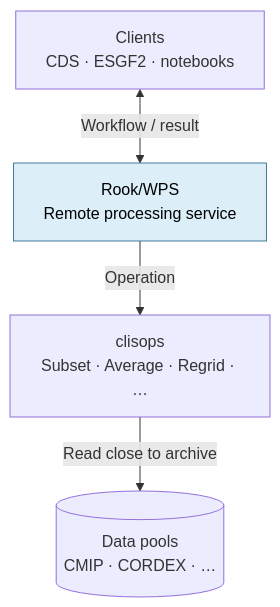
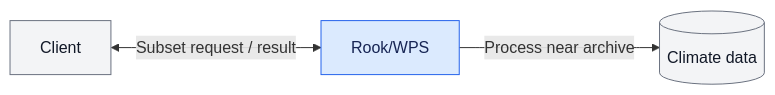
Before and after one commit to roocs/rook: the first of 11 diagrams in Rook_WPS_ESGF2_talk_draft.md, drawn with Mermaid. The commit also changed other lines of this file and 12 other files, not shown here.

````diff
--- a/Rook_WPS_ESGF2_talk_draft.md
+++ b/Rook_WPS_ESGF2_talk_draft.md
@@ -32,12 +32,9 @@
 ```mermaid
-flowchart TD
-    Clients["Clients<br/>CDS · ESGF2 · notebooks"]
-    Rook["Rook/WPS<br/>Remote processing service"]
-    Ops["clisops<br/>Subset · Average · Regrid · …"]
-    Data[("Data pools<br/>CMIP · CORDEX · …")]
-
-    Clients <-->|"Workflow / result"| Rook
-    Rook -->|"Operation"| Ops
-    Ops -->|"Read close to archive"| Data
-    style Rook fill:#dceef8,stroke:#457b9d,color:#000
+flowchart LR
+    Client["Client"] <-->|"Subset request / result"| Rook["Rook/WPS"]
+    Rook -->|"Process near archive"| Data[("Climate data")]
+    classDef default fill:#f3f4f6,stroke:#6b7280,color:#111827
+    classDef rook fill:#dbeafe,stroke:#2563eb,color:#172554
+    classDef new fill:#fef3c7,stroke:#b45309,color:#451a03
+    class Rook rook
 ```
````
